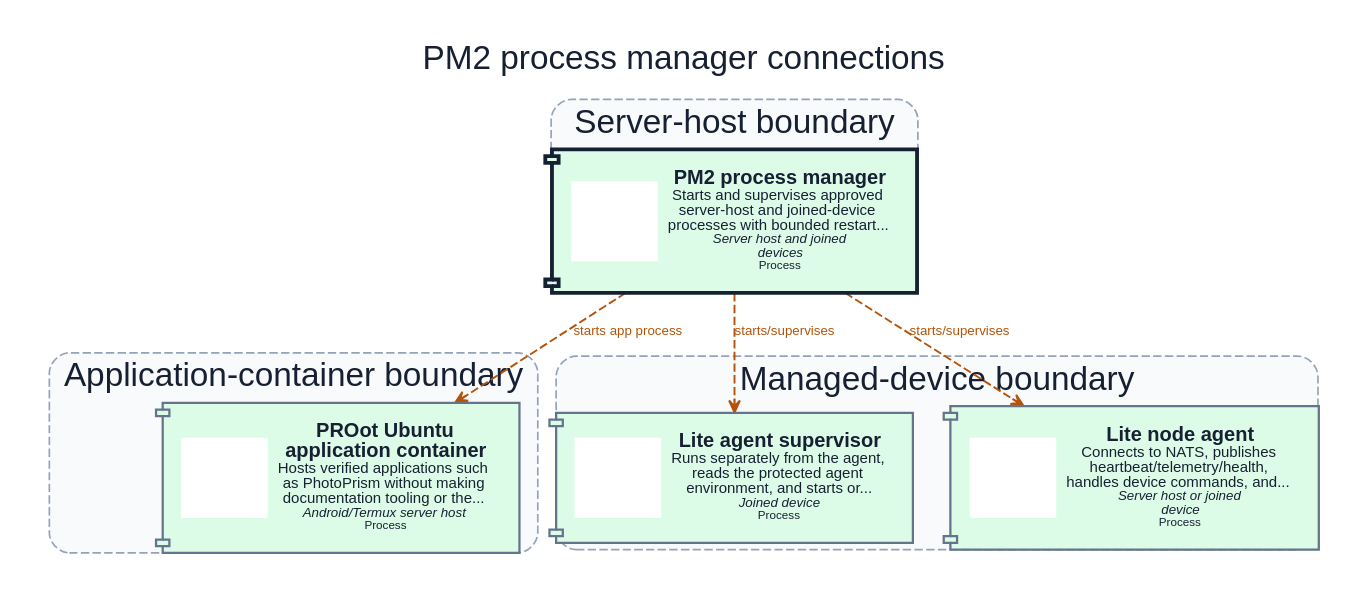
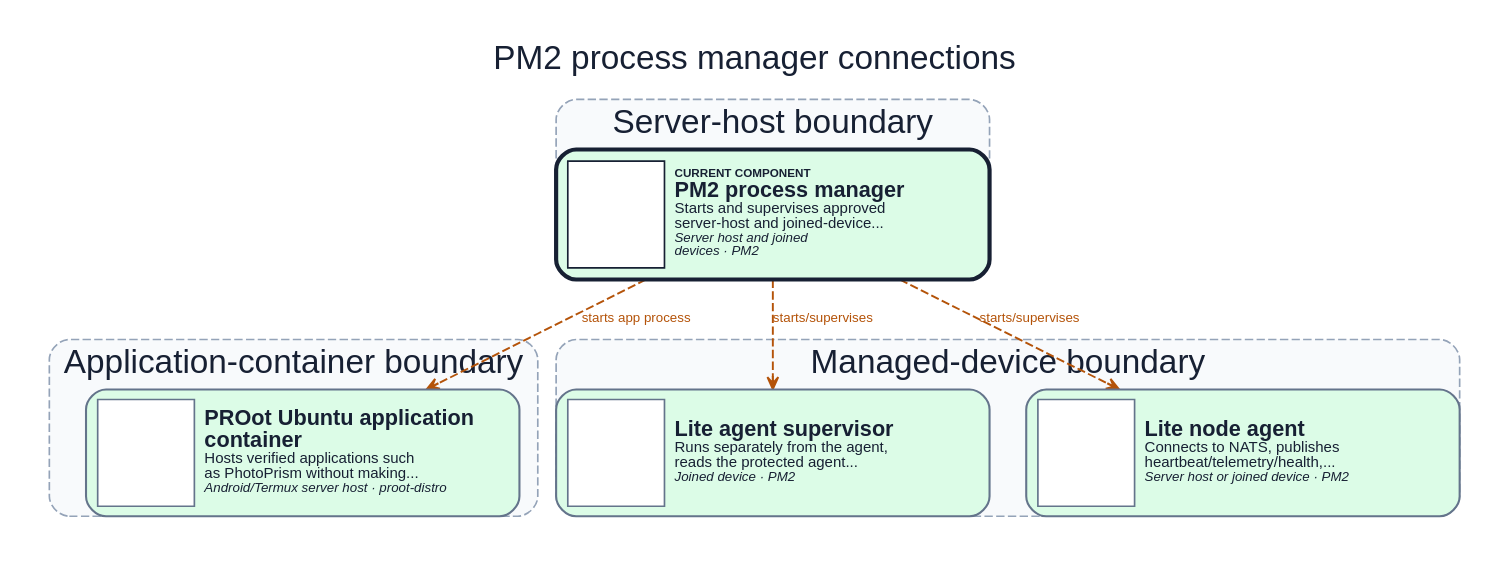
The diagram in docs/assets/diagrams/production/components/pm2.light.dot (dexter-lab-ctrl/pocket-lab-lite), drawn with Graphviz before and after one commit. The commit also changed 353 other files, not shown here.

Commit message:
docs: polish architecture diagrams and stabilize validation (#466)

```diff
--- a/docs/assets/diagrams/production/components/pm2.light.dot
+++ b/docs/assets/diagrams/production/components/pm2.light.dot
@@ -1,66 +1,66 @@
 digraph component_pm2 {
   graph [
     rankdir="TB",
     splines="spline",
     compound="true",
     newrank="true",
     nodesep="0.30",
     ranksep="0.52",
     ratio="compress",
     pad="0.20",
     margin="0",
     outputorder="edgesfirst",
     bgcolor="#ffffff",
     fontcolor="#172033",
     fontname="Arial",
     label="PM2 process manager connections",
     labelloc="t",
     fontsize="20"
   ];
   node [
     fontname="Arial",
     fontsize="10",
     color="#64748b",
     fontcolor="#172033",
     margin="0.12,0.08"
   ];
   edge [
     fontname="Arial",
     fontsize="8",
     color="#64748b",
     fontcolor="#475569",
     arrowsize="0.72",
     penwidth="1.15"
   ];
   subgraph "cluster_application-container" {
     label="Application-container boundary";
     style="rounded,dashed,filled";
     color="#94a3b8";
     fillcolor="#f8fafc";
     fontcolor="#172033";
     penwidth="1.0";
-    "proot-ubuntu" [label=<<TABLE BORDER="0" CELLBORDER="0" CELLPADDING="4"><TR><TD FIXEDSIZE="TRUE" WIDTH="52" HEIGHT="48" BGCOLOR="#FFFFFF"> </TD><TD ALIGN="LEFT"><FONT POINT-SIZE="12"><B>PROot Ubuntu<BR/>application container</B></FONT><BR/><FONT POINT-SIZE="9">Hosts verified applications such<BR/>as PhotoPrism without making<BR/>documentation tooling or the...</FONT><BR/><FONT POINT-SIZE="8"><I>Android/Termux server host</I></FONT><BR/><FONT POINT-SIZE="7.5">Process</FONT></TD></TR></TABLE>>, shape="component", style="rounded,filled", fillcolor="#dcfce7", color="#64748b", fontcolor="#172033", penwidth="1.35", tooltip="PROot Ubuntu application container. Hosts verified applications such as PhotoPrism without making documentation tooling or the browser a runtime dependency.", URL="../../../../generated/production/architecture/components/proot-ubuntu/", target="_top"];
+    "proot-ubuntu" [label=<<TABLE BORDER="0" CELLBORDER="0" CELLSPACING="0" CELLPADDING="6"><TR><TD FIXEDSIZE="TRUE" WIDTH="58" HEIGHT="64" ALIGN="CENTER" VALIGN="MIDDLE" BORDER="1" BGCOLOR="#FFFFFF" HREF="#PLICON__proot-ubuntu" TITLE="Architecture icon anchor"><FONT POINT-SIZE="1">&#160;</FONT></TD><TD WIDTH="188" ALIGN="LEFT" BALIGN="LEFT" VALIGN="MIDDLE"><FONT POINT-SIZE="13"><B>PROot Ubuntu application<BR/>container</B></FONT><BR/><FONT POINT-SIZE="9">Hosts verified applications such<BR/>as PhotoPrism without making...</FONT><BR/><FONT POINT-SIZE="8"><I>Android/Termux server host · proot-distro</I></FONT></TD></TR></TABLE>>, shape="box", style="rounded,filled", fillcolor="#dcfce7", color="#64748b", fontcolor="#172033", penwidth="1.25", tooltip="PROot Ubuntu application container. Hosts verified applications such as PhotoPrism without making documentation tooling or the browser a runtime dependency.", URL="../../../../generated/production/architecture/components/proot-ubuntu/", target="_top", margin="0.10,0.08"];
   }
   subgraph "cluster_managed-device" {
     label="Managed-device boundary";
     style="rounded,dashed,filled";
     color="#94a3b8";
     fillcolor="#f8fafc";
     fontcolor="#172033";
     penwidth="1.0";
-    "agent-supervisor" [label=<<TABLE BORDER="0" CELLBORDER="0" CELLPADDING="4"><TR><TD FIXEDSIZE="TRUE" WIDTH="52" HEIGHT="48" BGCOLOR="#FFFFFF"> </TD><TD ALIGN="LEFT"><FONT POINT-SIZE="12"><B>Lite agent supervisor</B></FONT><BR/><FONT POINT-SIZE="9">Runs separately from the agent,<BR/>reads the protected agent<BR/>environment, and starts or...</FONT><BR/><FONT POINT-SIZE="8"><I>Joined device</I></FONT><BR/><FONT POINT-SIZE="7.5">Process</FONT></TD></TR></TABLE>>, shape="component", style="rounded,filled", fillcolor="#dcfce7", color="#64748b", fontcolor="#172033", penwidth="1.35", tooltip="Lite agent supervisor. Runs separately from the agent, reads the protected agent environment, and starts or restarts failed agents without overwriting identity.", URL="../../../../generated/production/architecture/components/agent-supervisor/", target="_top"];
-    "node-agent" [label=<<TABLE BORDER="0" CELLBORDER="0" CELLPADDING="4"><TR><TD FIXEDSIZE="TRUE" WIDTH="52" HEIGHT="48" BGCOLOR="#FFFFFF"> </TD><TD ALIGN="LEFT"><FONT POINT-SIZE="12"><B>Lite node agent</B></FONT><BR/><FONT POINT-SIZE="9">Connects to NATS, publishes<BR/>heartbeat/telemetry/health,<BR/>handles device commands, and...</FONT><BR/><FONT POINT-SIZE="8"><I>Server host or joined<BR/>device</I></FONT><BR/><FONT POINT-SIZE="7.5">Process</FONT></TD></TR></TABLE>>, shape="component", style="rounded,filled", fillcolor="#dcfce7", color="#64748b", fontcolor="#172033", penwidth="1.35", tooltip="Lite node agent. Connects to NATS, publishes heartbeat/telemetry/health, handles device commands, and reconnects after outages.", URL="../../../../generated/production/architecture/components/node-agent/", target="_top"];
+    "agent-supervisor" [label=<<TABLE BORDER="0" CELLBORDER="0" CELLSPACING="0" CELLPADDING="6"><TR><TD FIXEDSIZE="TRUE" WIDTH="58" HEIGHT="64" ALIGN="CENTER" VALIGN="MIDDLE" BORDER="1" BGCOLOR="#FFFFFF" HREF="#PLICON__agent-supervisor" TITLE="Architecture icon anchor"><FONT POINT-SIZE="1">&#160;</FONT></TD><TD WIDTH="188" ALIGN="LEFT" BALIGN="LEFT" VALIGN="MIDDLE"><FONT POINT-SIZE="13"><B>Lite agent supervisor</B></FONT><BR/><FONT POINT-SIZE="9">Runs separately from the agent,<BR/>reads the protected agent...</FONT><BR/><FONT POINT-SIZE="8"><I>Joined device · PM2</I></FONT></TD></TR></TABLE>>, shape="box", style="rounded,filled", fillcolor="#dcfce7", color="#64748b", fontcolor="#172033", penwidth="1.25", tooltip="Lite agent supervisor. Runs separately from the agent, reads the protected agent environment, and starts or restarts failed agents without overwriting identity.", URL="../../../../generated/production/architecture/components/agent-supervisor/", target="_top", margin="0.10,0.08"];
+    "node-agent" [label=<<TABLE BORDER="0" CELLBORDER="0" CELLSPACING="0" CELLPADDING="6"><TR><TD FIXEDSIZE="TRUE" WIDTH="58" HEIGHT="64" ALIGN="CENTER" VALIGN="MIDDLE" BORDER="1" BGCOLOR="#FFFFFF" HREF="#PLICON__node-agent" TITLE="Architecture icon anchor"><FONT POINT-SIZE="1">&#160;</FONT></TD><TD WIDTH="188" ALIGN="LEFT" BALIGN="LEFT" VALIGN="MIDDLE"><FONT POINT-SIZE="13"><B>Lite node agent</B></FONT><BR/><FONT POINT-SIZE="9">Connects to NATS, publishes<BR/>heartbeat/telemetry/health,...</FONT><BR/><FONT POINT-SIZE="8"><I>Server host or joined device · PM2</I></FONT></TD></TR></TABLE>>, shape="box", style="rounded,filled", fillcolor="#dcfce7", color="#64748b", fontcolor="#172033", penwidth="1.25", tooltip="Lite node agent. Connects to NATS, publishes heartbeat/telemetry/health, handles device commands, and reconnects after outages.", URL="../../../../generated/production/architecture/components/node-agent/", target="_top", margin="0.10,0.08"];
   }
   subgraph "cluster_server-host" {
     label="Server-host boundary";
     style="rounded,dashed,filled";
     color="#94a3b8";
     fillcolor="#f8fafc";
     fontcolor="#172033";
     penwidth="1.0";
-    "pm2" [label=<<TABLE BORDER="0" CELLBORDER="0" CELLPADDING="4"><TR><TD FIXEDSIZE="TRUE" WIDTH="52" HEIGHT="48" BGCOLOR="#FFFFFF"> </TD><TD ALIGN="LEFT"><FONT POINT-SIZE="12"><B>PM2 process manager</B></FONT><BR/><FONT POINT-SIZE="9">Starts and supervises approved<BR/>server-host and joined-device<BR/>processes with bounded restart...</FONT><BR/><FONT POINT-SIZE="8"><I>Server host and joined<BR/>devices</I></FONT><BR/><FONT POINT-SIZE="7.5">Process</FONT></TD></TR></TABLE>>, shape="component", style="rounded,filled,bold", fillcolor="#dcfce7", color="#172033", fontcolor="#172033", penwidth="2.3", tooltip="PM2 process manager. Starts and supervises approved server-host and joined-device processes with bounded restart policies.", URL="../../../../generated/production/architecture/components/pm2/", target="_top"];
+    "pm2" [label=<<TABLE BORDER="0" CELLBORDER="0" CELLSPACING="0" CELLPADDING="6"><TR><TD FIXEDSIZE="TRUE" WIDTH="58" HEIGHT="64" ALIGN="CENTER" VALIGN="MIDDLE" BORDER="1" BGCOLOR="#FFFFFF" HREF="#PLICON__pm2" TITLE="Architecture icon anchor"><FONT POINT-SIZE="1">&#160;</FONT></TD><TD WIDTH="188" ALIGN="LEFT" BALIGN="LEFT" VALIGN="MIDDLE"><FONT POINT-SIZE="7"><B>CURRENT COMPONENT</B></FONT><BR/><FONT POINT-SIZE="13"><B>PM2 process manager</B></FONT><BR/><FONT POINT-SIZE="9">Starts and supervises approved<BR/>server-host and joined-device...</FONT><BR/><FONT POINT-SIZE="8"><I>Server host and joined<BR/>devices · PM2</I></FONT></TD></TR></TABLE>>, shape="box", style="rounded,filled,bold", fillcolor="#dcfce7", color="#172033", fontcolor="#172033", penwidth="2.5", tooltip="PM2 process manager. Starts and supervises approved server-host and joined-device processes with bounded restart policies.", URL="../../../../generated/production/architecture/components/pm2/", target="_top", margin="0.10,0.08"];
   }
   "pm2" -> "node-agent" [label="starts/supervises", tooltip="starts/supervises (Local process)", style="dashed", arrowhead="vee", color="#b45309", fontcolor="#b45309", penwidth="1.15", arrowsize="0.72"];
   "pm2" -> "proot-ubuntu" [label="starts app process", tooltip="starts app process (Local process)", style="dashed", arrowhead="vee", color="#b45309", fontcolor="#b45309", penwidth="1.15", arrowsize="0.72"];
   "pm2" -> "agent-supervisor" [label="starts/supervises", tooltip="starts/supervises (Local process)", style="dashed", arrowhead="vee", color="#b45309", fontcolor="#b45309", penwidth="1.15", arrowsize="0.72"];
 }
```
